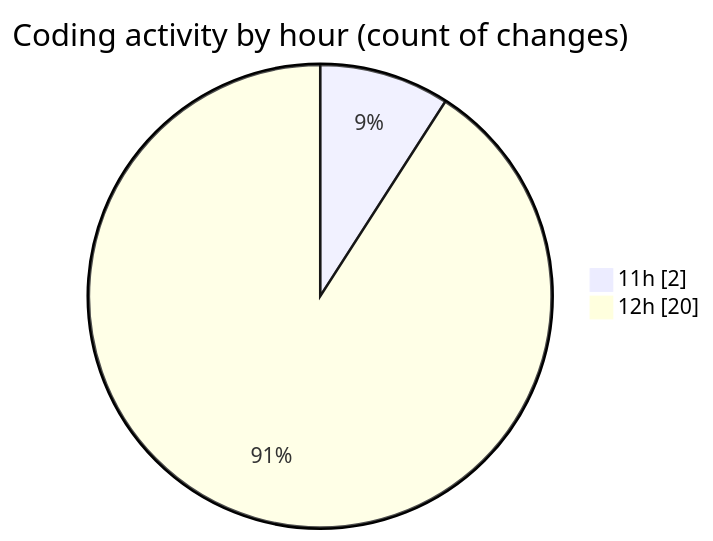
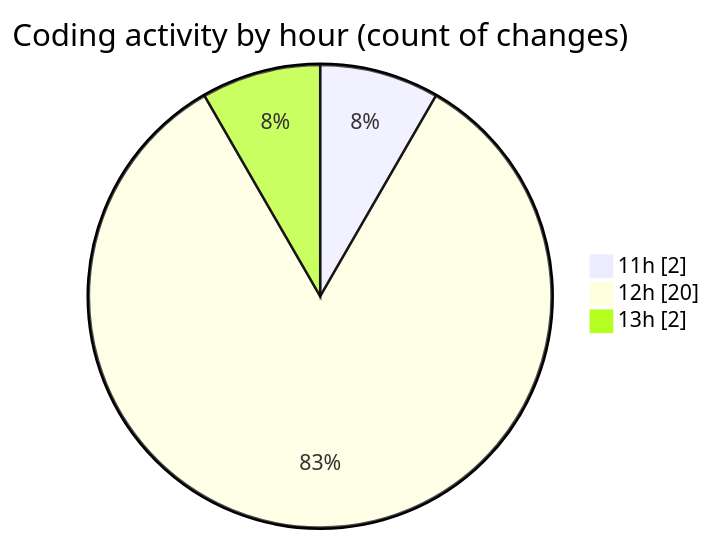
Before and after one commit to idhammustaqopulfikri/code-tracking: the second of 2 diagrams in 2025-10-05/laravel-penyewaan-lapangan-futsal/README.md, drawn with Mermaid. The commit also changed other lines of this file and 1 other file, not shown here.

````diff
--- a/2025-10-05/laravel-penyewaan-lapangan-futsal/README.md
+++ b/2025-10-05/laravel-penyewaan-lapangan-futsal/README.md
@@ -37,6 +37,7 @@
 ```mermaid
 pie showData
 title Coding activity by hour (count of changes)
 "11h" : 2
 "12h" : 20
+"13h" : 2
 ```
````
